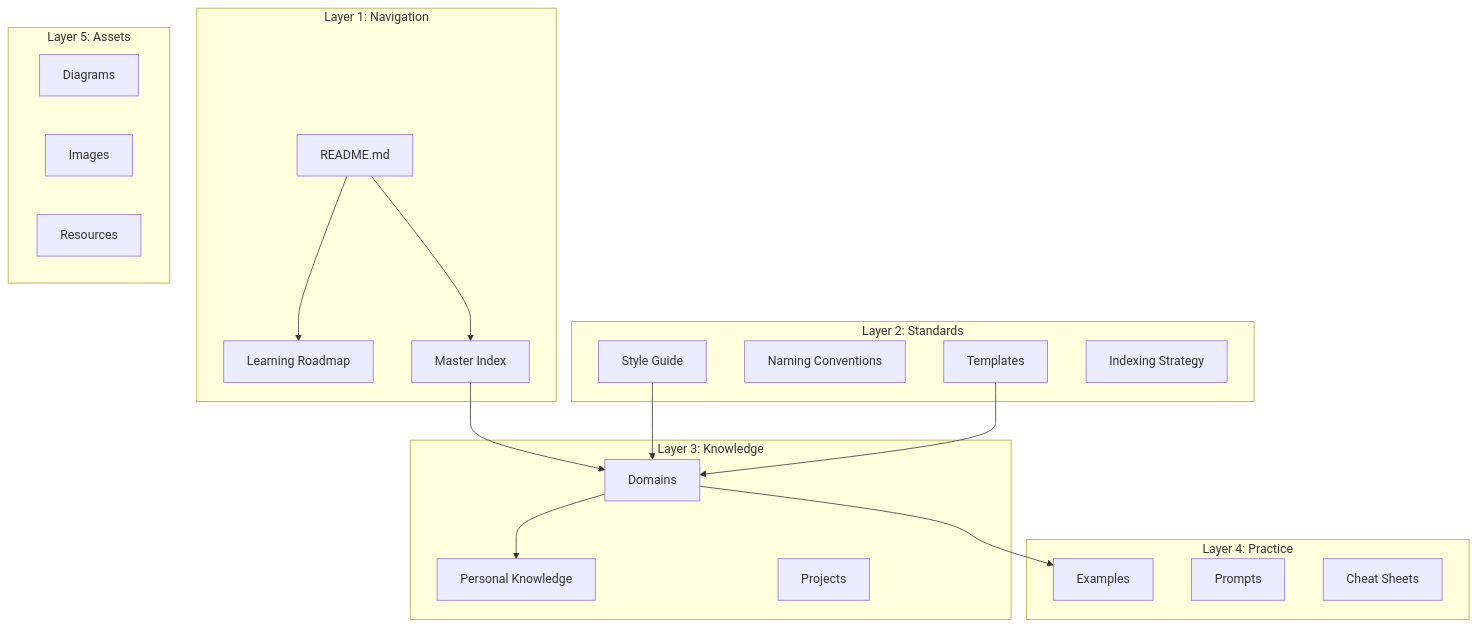
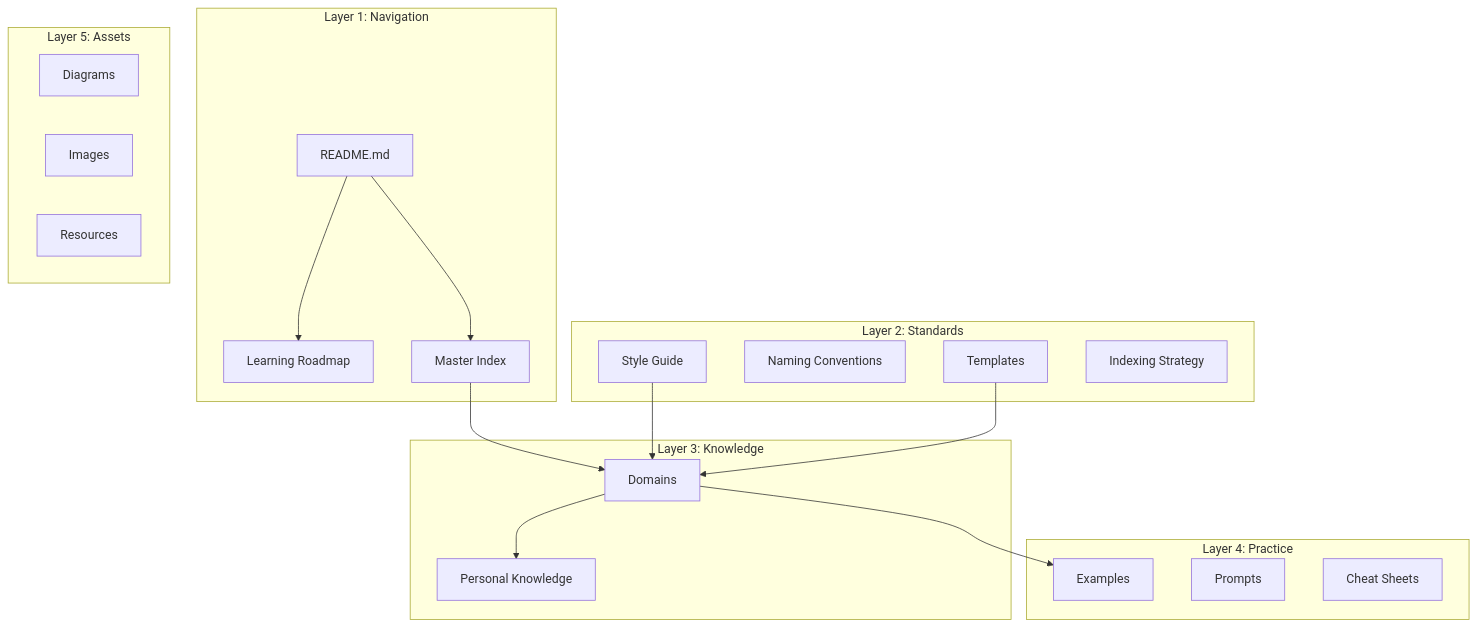
The first of 3 diagrams in meta/architecture-overview.md (abdulsamad183/ai-engineering-playbook), drawn with Mermaid before and after one commit. The commit also changed other lines of this file and 10 other files, not shown here.

````diff
--- a/meta/architecture-overview.md
+++ b/meta/architecture-overview.md
@@ -21,41 +21,40 @@
 ```mermaid
 graph TB
     subgraph "Layer 1: Navigation"
         README[README.md]
         ROADMAP[Learning Roadmap]
         MASTER[Master Index]
     end
 
     subgraph "Layer 2: Standards"
         STYLE[Style Guide]
         NAMING[Naming Conventions]
         TEMPLATES[Templates]
         INDEXING[Indexing Strategy]
     end
 
     subgraph "Layer 3: Knowledge"
         DOMAINS[Domains]
         KNOWLEDGE[Personal Knowledge]
-        PROJECTS[Projects]
     end
 
     subgraph "Layer 4: Practice"
         EXAMPLES[Examples]
         PROMPTS[Prompts]
         CHEATS[Cheat Sheets]
     end
 
     subgraph "Layer 5: Assets"
         DIAGRAMS[Diagrams]
         IMAGES[Images]
         RESOURCES[Resources]
     end
 
     README --> MASTER
     README --> ROADMAP
     MASTER --> DOMAINS
     DOMAINS --> KNOWLEDGE
     DOMAINS --> EXAMPLES
     STYLE --> DOMAINS
     TEMPLATES --> DOMAINS
 ```
````
